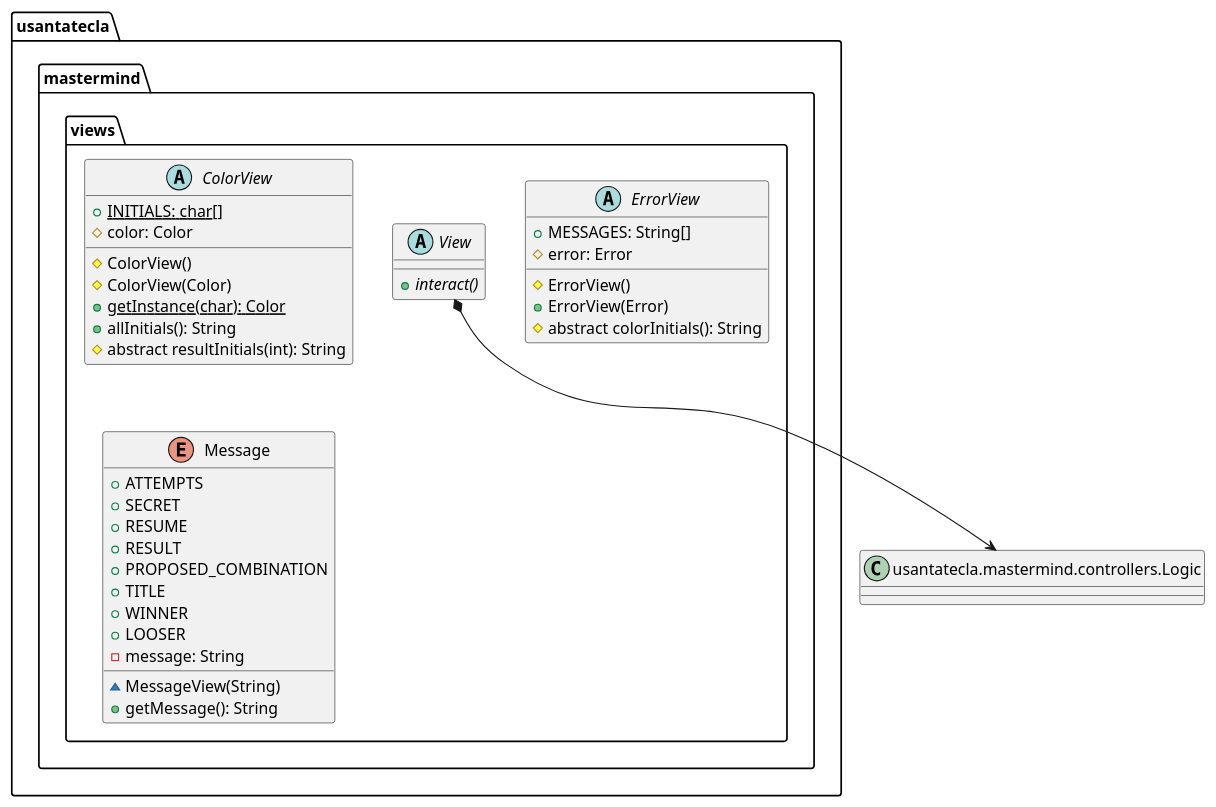
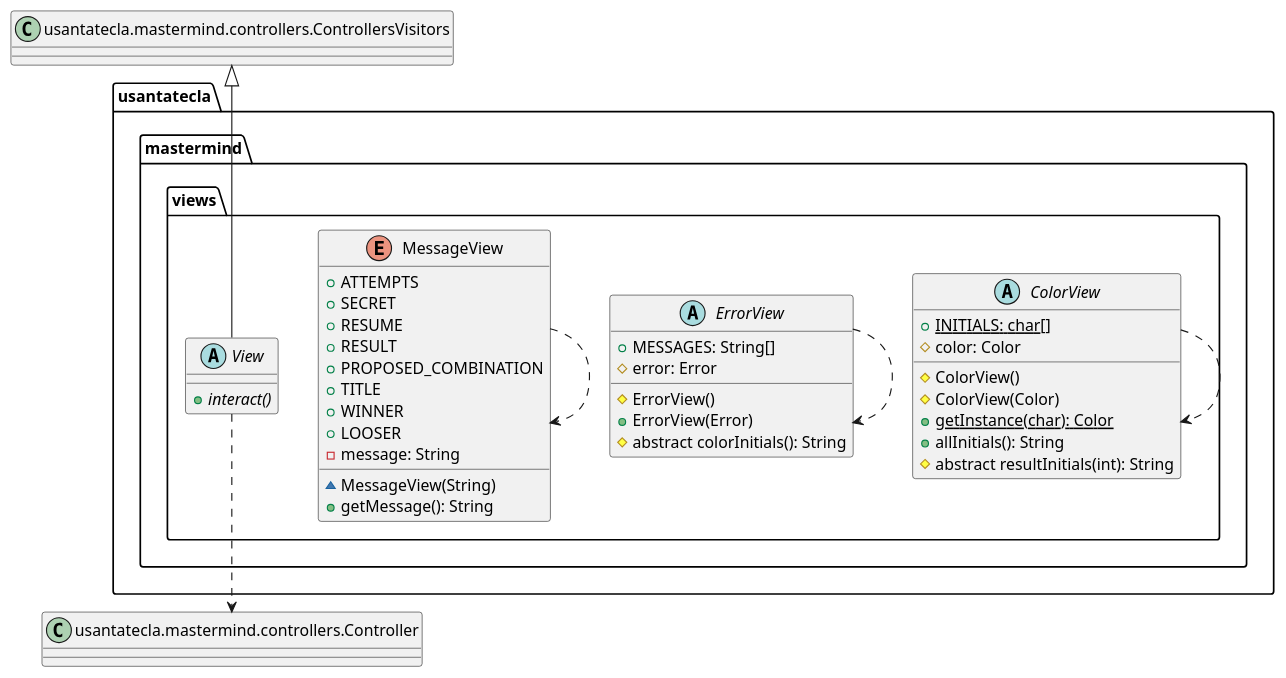
One commit to SantaTecla-mastermind/solution.java.swing.socket.sql changed the second of 6 diagrams in modelViewPresenter/presentationModel/withDoubleDispatching/docs/diagrams/src/paquetes.plantuml. Above: the diagram before and after it, drawn with PlantUML. The commit also changed other lines of this file and 3 other files, not shown here.

Commit message:
Diagrams MVP WithDoubleDispatching finished

```diff
--- a/modelViewPresenter/presentationModel/withDoubleDispatching/docs/diagrams/src/paquetes.plantuml
+++ b/modelViewPresenter/presentationModel/withDoubleDispatching/docs/diagrams/src/paquetes.plantuml
@@ -37,42 +37,52 @@
 @startuml usantatecla.mastermind.views
  abstract class  usantatecla.mastermind.views.ColorView{
 + {static} INITIALS: char[]
 # color: Color
 # ColorView()
 # ColorView(Color)
 + {static} getInstance(char): Color
 + allInitials(): String
 # abstract resultInitials(int): String
 }
 
 abstract class  usantatecla.mastermind.views.ErrorView{
 + MESSAGES: String[]
 # error: Error
 # ErrorView()
 + ErrorView(Error)
 # abstract colorInitials(): String
 }
 
- enum  usantatecla.mastermind.views.Message{
+ enum  usantatecla.mastermind.views.MessageView{
 + ATTEMPTS
 + SECRET
 + RESUME
 + RESULT
 + PROPOSED_COMBINATION
 + TITLE
 + WINNER
 + LOOSER
 - message: String
 ~ MessageView(String)
 + getMessage(): String
 }
 
 abstract class  usantatecla.mastermind.views.View{
 + {abstract} interact()
 }
-class Logic as "usantatecla.mastermind.controllers.Logic" {
+class ControllersVisitors as "usantatecla.mastermind.controllers.ControllersVisitors" {
 
 
 }
-usantatecla.mastermind.views.View *-down-> Logic
+
+class Controller as "usantatecla.mastermind.controllers.Controller" {
+
+
+}
+
+ControllersVisitors <|-down- usantatecla.mastermind.views.View
+usantatecla.mastermind.views.View ..> Controller
+usantatecla.mastermind.views.ColorView ..> usantatecla.mastermind.views.ColorView
+usantatecla.mastermind.views.ErrorView ..> usantatecla.mastermind.views.ErrorView
+usantatecla.mastermind.views.MessageView ..> usantatecla.mastermind.views.MessageView
 @enduml
```
